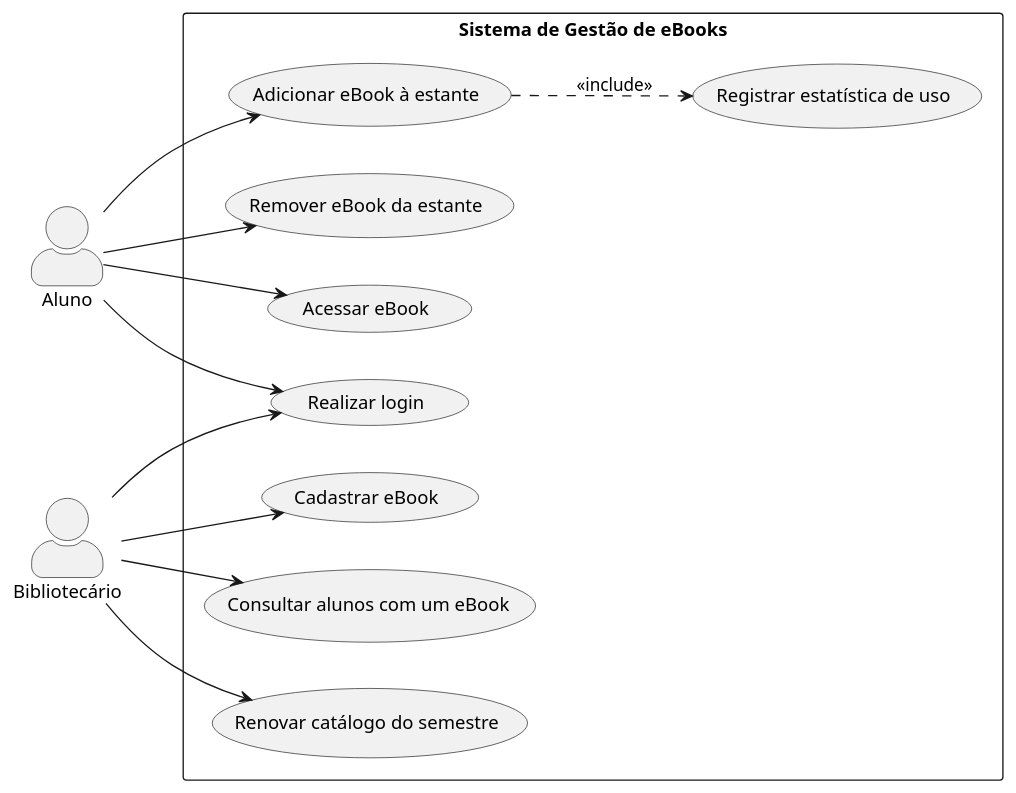
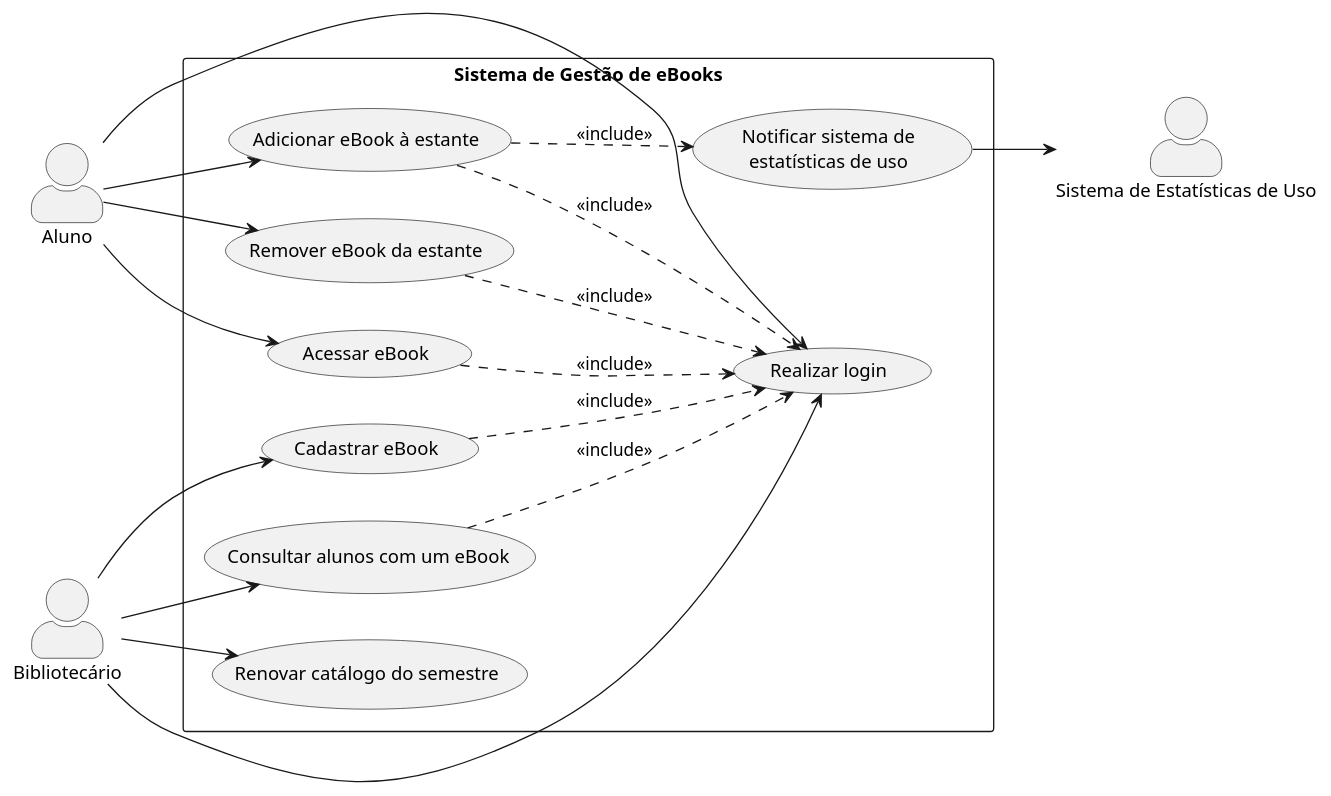
One commit to fillmello/lab01-ebooks-biblioteca changed the diagram in docs/diagramas/casos-de-uso.puml. Above: the diagram before and after it, drawn with PlantUML. The commit also changed 4 other files, not shown here.

First line of the commit message:
docs: revisa diagrama de casos de uso e exporta imagem

```diff
--- a/docs/diagramas/casos-de-uso.puml
+++ b/docs/diagramas/casos-de-uso.puml
@@ -1,36 +1,47 @@
 @startuml casos_de_uso_ebooks
 left to right direction
 skinparam packageStyle rectangle
 skinparam shadowing false
 skinparam actorStyle awesome
 
 actor "Aluno" as Aluno
 actor "Bibliotecário" as Bibliotecario
+actor "Sistema de Estatísticas de Uso" as Estatisticas
 
 rectangle "Sistema de Gestão de eBooks" {
   usecase "Realizar login" as UC01
   usecase "Adicionar eBook à estante" as UC02
   usecase "Remover eBook da estante" as UC03
   usecase "Acessar eBook" as UC04
   usecase "Cadastrar eBook" as UC05
   usecase "Consultar alunos com um eBook" as UC06
-  usecase "Renovar catálogo do semestre" as UC07
-  usecase "Registrar estatística de uso" as UC08
+  usecase "Notificar sistema de\nestatísticas de uso" as UC07
+  usecase "Renovar catálogo do semestre" as UC08
 }
 
 ' --- Associações do Aluno ---
 Aluno --> UC01
 Aluno --> UC02
 Aluno --> UC03
 Aluno --> UC04
 
 ' --- Associações do Bibliotecário ---
 Bibliotecario --> UC01
 Bibliotecario --> UC05
 Bibliotecario --> UC06
-Bibliotecario --> UC07
+Bibliotecario --> UC08
 
-' --- Adicionar eBook sempre registra a estatística de uso (sub-fluxo interno) ---
-UC02 ..> UC08 : <<include>>
+' --- Ator externo notificado pelo sistema ---
+UC07 --> Estatisticas
+
+' --- Login obrigatório: todo acesso ao sistema valida a senha do usuário ---
+UC02 ..> UC01 : <<include>>
+UC03 ..> UC01 : <<include>>
+UC04 ..> UC01 : <<include>>
+UC05 ..> UC01 : <<include>>
+UC06 ..> UC01 : <<include>>
+
+' --- Adicionar eBook sempre notifica o sistema de estatísticas de uso ---
+UC02 ..> UC07 : <<include>>
 
 @enduml
```
